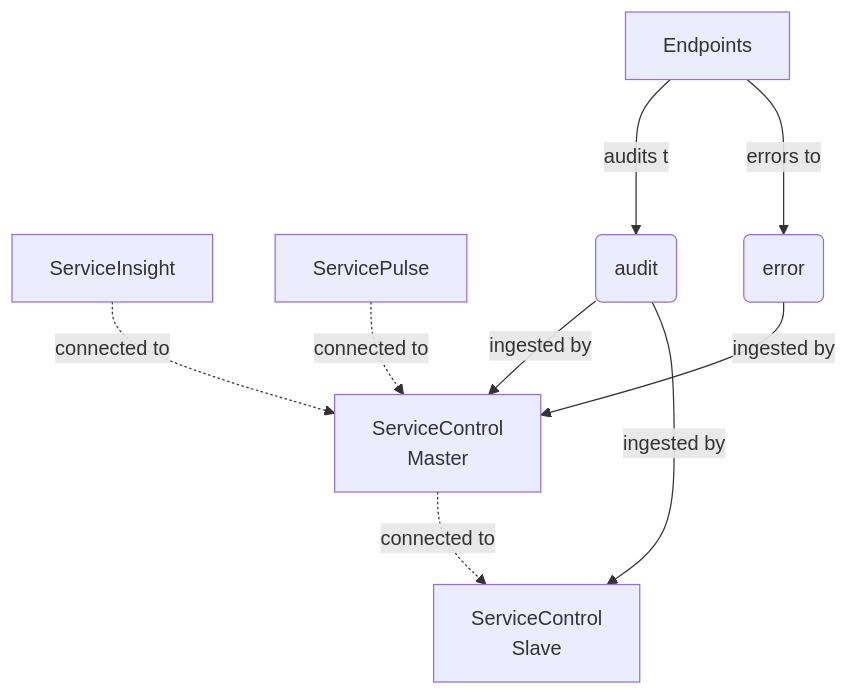
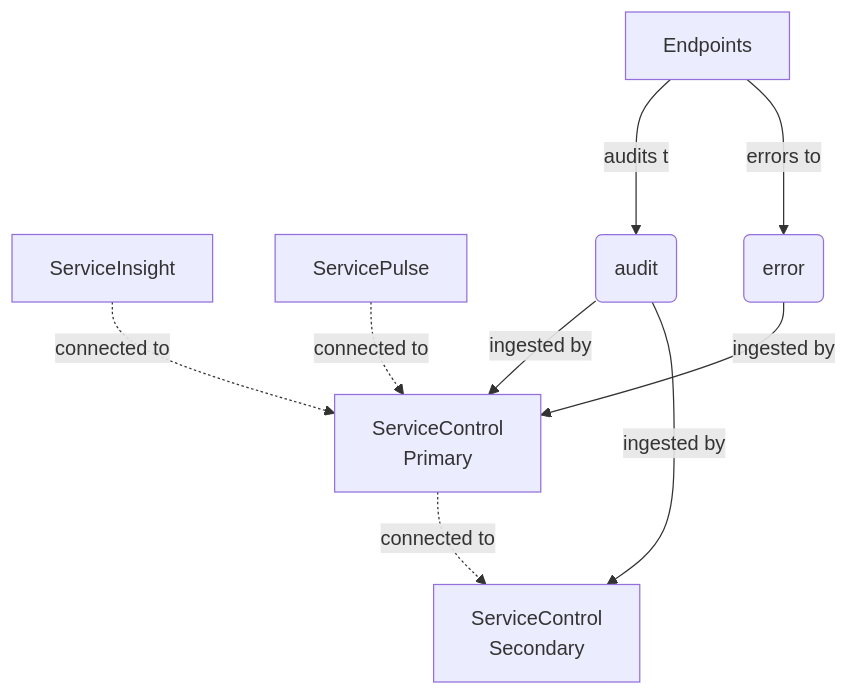
The first of 4 diagrams in servicecontrol/servicecontrol-instances/distributed-instances.md (Particular/docs.particular.net), drawn with Mermaid before and after one commit. The commit also changed other lines of this file, not shown here.

Commit message:
Master/slave -> primary/secondary

````diff
--- a/servicecontrol/servicecontrol-instances/distributed-instances.md
+++ b/servicecontrol/servicecontrol-instances/distributed-instances.md
@@ -35,13 +35,13 @@
 ```mermaid
 graph TD
-SI[ServiceInsight] -. connected to .->Master
-SP[ServicePulse] -. connected to .-> Master
+SI[ServiceInsight] -. connected to .->Primary
+SP[ServicePulse] -. connected to .-> Primary
 Endpoints -- audits to--> AuditsMain(audit)
 Endpoints -- errors to --> Errors(error)
-Master[ServiceControl<br/>Master]
-Slave[ServiceControl<br/>Slave]
-AuditsMain -- ingested by --> Master
-AuditsMain -- ingested by --> Slave
-Errors-- ingested by --> Master
-Master -. connected to .-> Slave
+Primary[ServiceControl<br/>Primary]
+Secondary[ServiceControl<br/>Secondary]
+AuditsMain -- ingested by --> Primary
+AuditsMain -- ingested by --> Secondary
+Errors-- ingested by --> Primary
+Primary -. connected to .-> Secondary
 ```
````
